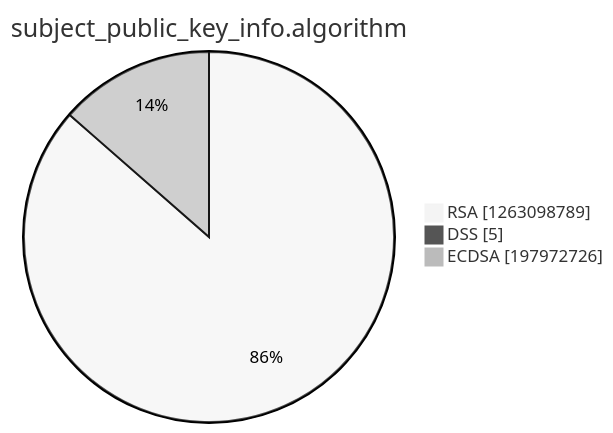
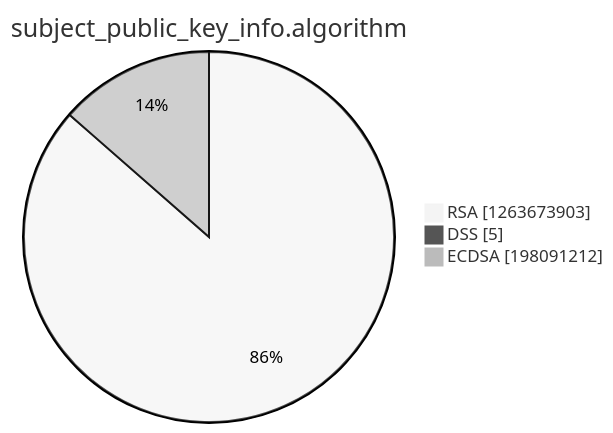
One commit to christiankrug/ctmonitor_visualization changed the third of 15 diagrams in argon2022/README.md. Above: the diagram before and after it, drawn with Mermaid (neutral theme). The commit also changed other lines of this file, not shown here.

````diff
--- a/argon2022/README.md
+++ b/argon2022/README.md
@@ -14,7 +14,7 @@
 ```mermaid
 pie showData
 title subject_public_key_info.algorithm
-"RSA" :1263098789
+"RSA" :1263673903
 "DSS" :5
-"ECDSA" :197972726
+"ECDSA" :198091212
 ```
````
